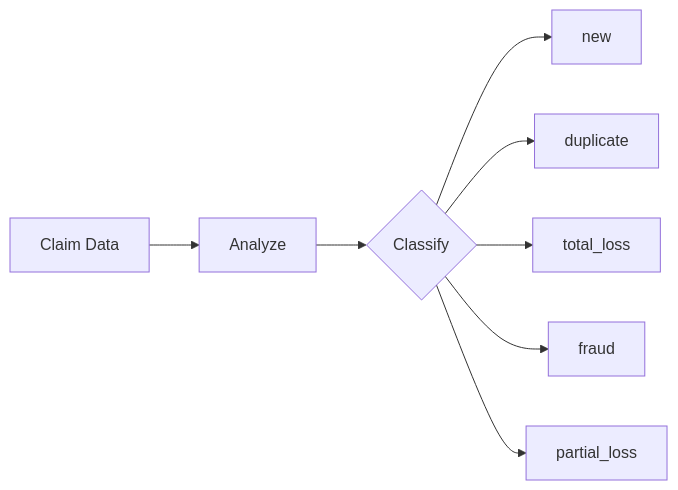
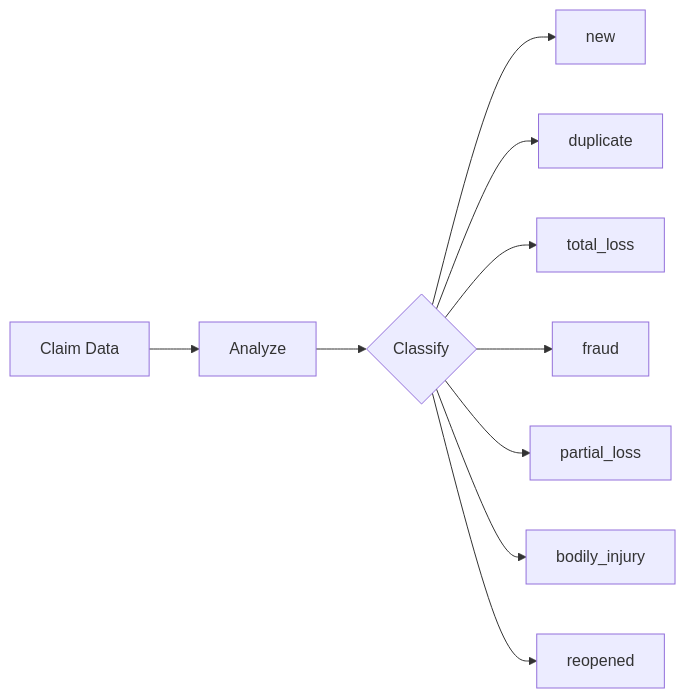
Before and after one commit to csmangum/auto-agent: the first of 14 diagrams in docs/crews.md, drawn with Mermaid. The commit also changed other lines of this file and 8 other files, not shown here.

````diff
--- a/docs/crews.md
+++ b/docs/crews.md
@@ -41,9 +43,11 @@
 ```mermaid
 flowchart LR
     A[Claim Data] --> B[Analyze] --> C{Classify}
     C --> D[new]
     C --> E[duplicate]
     C --> F[total_loss]
     C --> G[fraud]
     C --> H[partial_loss]
+    C --> I[bodily_injury]
+    C --> J[reopened]
 ```
````
